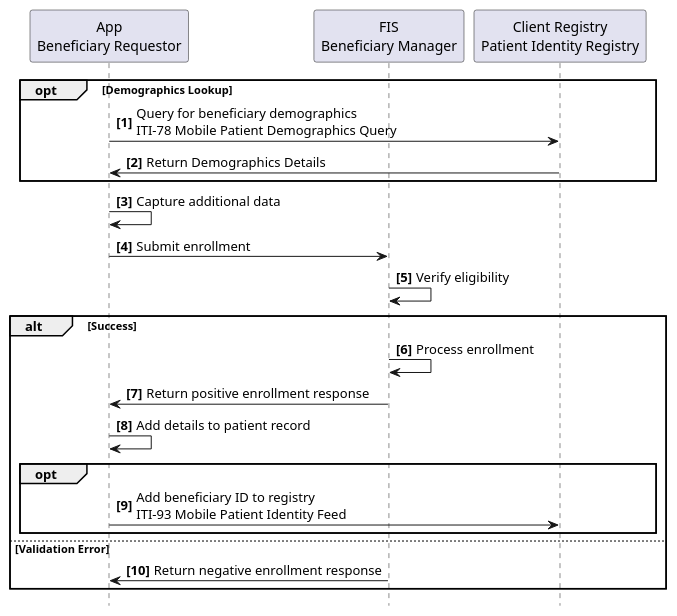
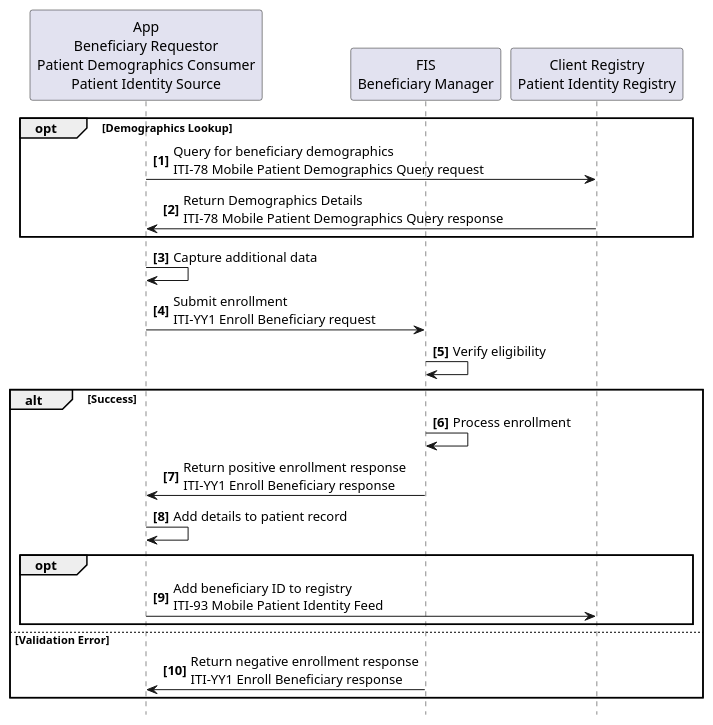
The diagram in input/images-source/usecase1-processflow.plantuml (IHE/ITI.Finance), drawn with PlantUML before and after one commit. The commit also changed 9 other files, not shown here.

```diff
--- a/input/images-source/usecase1-processflow.plantuml
+++ b/input/images-source/usecase1-processflow.plantuml
@@ -1,28 +1,28 @@
 @startuml
 skinparam svgDimensionStyle false
 hide footbox
 autonumber "<b>[0]"
 
-participant "App\nBeneficiary Requestor" as App
+participant "App\nBeneficiary Requestor\nPatient Demographics Consumer\nPatient Identity Source" as App
 participant "FIS\nBeneficiary Manager" as FIS
 participant "Client Registry\nPatient Identity Registry" as CR
 
 opt Demographics Lookup
-  App->CR: Query for beneficiary demographics\nITI-78 Mobile Patient Demographics Query
-  CR->App: Return Demographics Details
+  App->CR: Query for beneficiary demographics\nITI-78 Mobile Patient Demographics Query request
+  CR->App: Return Demographics Details\nITI-78 Mobile Patient Demographics Query response
 end
 App->App: Capture additional data
-App->FIS: Submit enrollment
+App->FIS: Submit enrollment\nITI-YY1 Enroll Beneficiary request
 FIS->FIS: Verify eligibility
 alt Success
   FIS->FIS: Process enrollment
-  FIS->App: Return positive enrollment response
+  FIS->App: Return positive enrollment response\nITI-YY1 Enroll Beneficiary response
   App->App: Add details to patient record
   opt
     App->CR: Add beneficiary ID to registry\nITI-93 Mobile Patient Identity Feed
   end
 else Validation Error
-  FIS->App: Return negative enrollment response
+  FIS->App: Return negative enrollment response\nITI-YY1 Enroll Beneficiary response
 end
 
 @enduml
```
